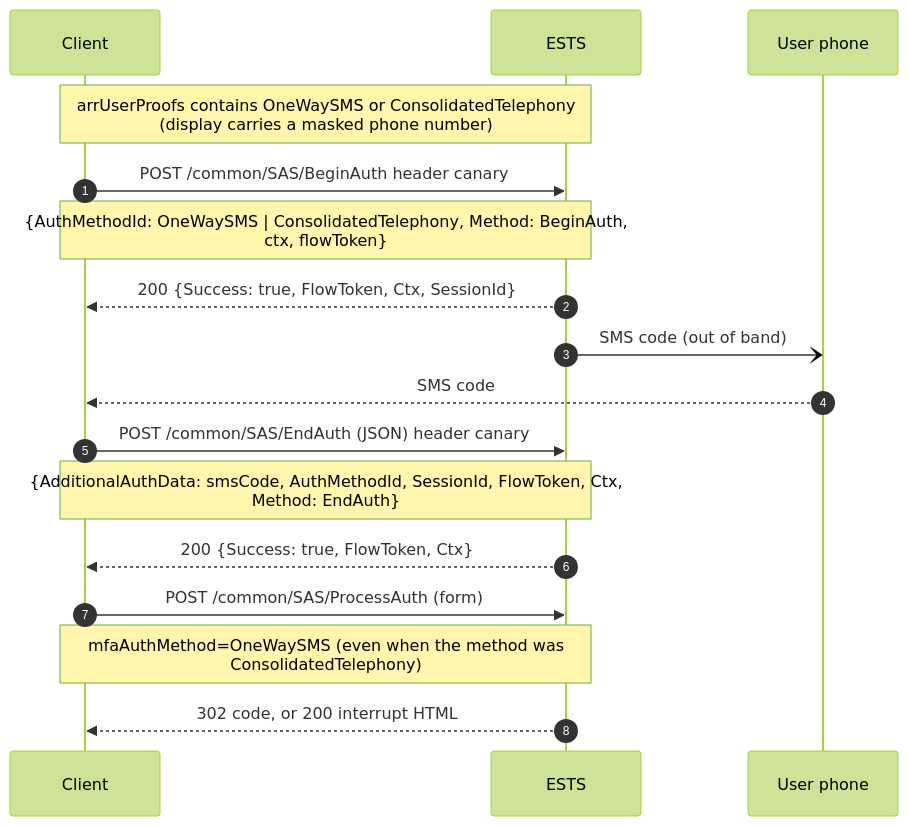
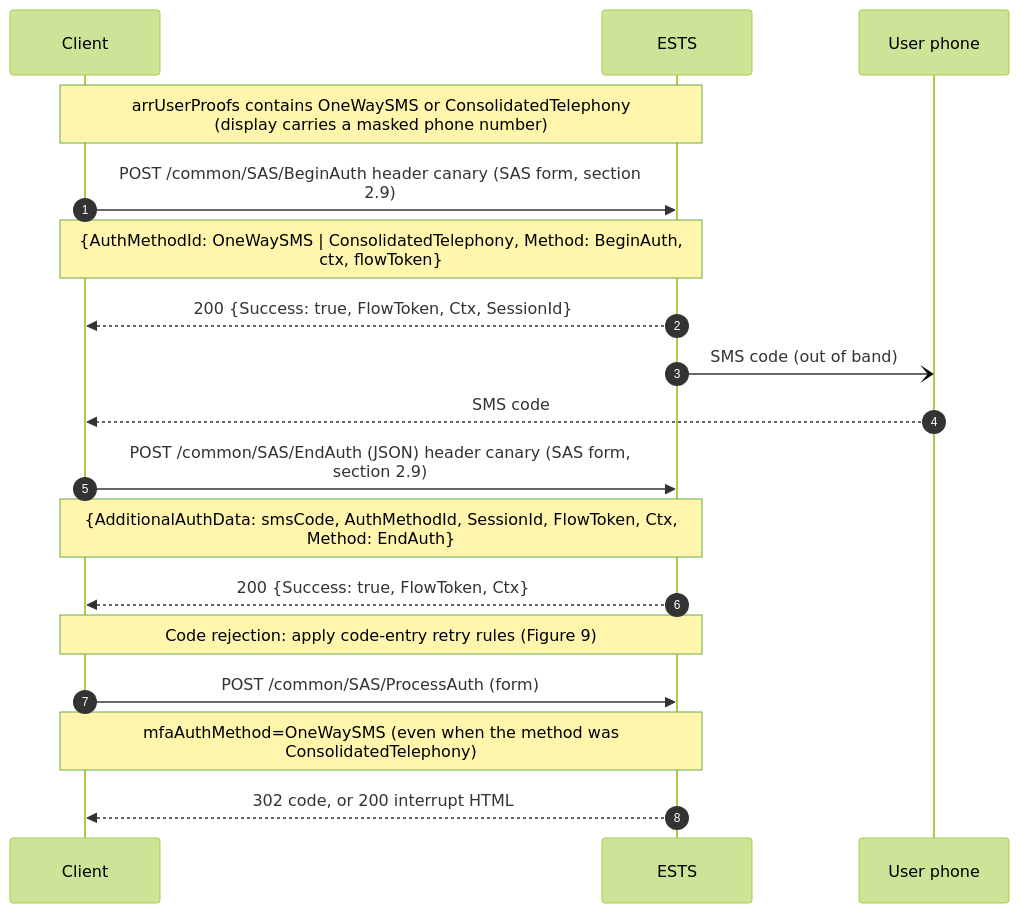
Before and after one commit to himmelblau-idm/ests_spec: the diagram in figures/src/fig-10-sas-sms.mmd, drawn with Mermaid (forest theme). The commit also changed 29 other files, not shown here.

```diff
--- a/figures/src/fig-10-sas-sms.mmd
+++ b/figures/src/fig-10-sas-sms.mmd
@@ -1,17 +1,18 @@
 sequenceDiagram
   autonumber
   participant C as Client
   participant E as ESTS
   participant U as User phone
   Note over C,E: arrUserProofs contains OneWaySMS or ConsolidatedTelephony<br/>(display carries a masked phone number)
-  C->>E: POST /common/SAS/BeginAuth  header canary
+  C->>E: POST /common/SAS/BeginAuth  header canary (SAS form, section<br/>2.9)
   Note over C,E: {AuthMethodId: OneWaySMS | ConsolidatedTelephony, Method: BeginAuth,<br/>ctx, flowToken}
   E-->>C: 200 {Success: true, FlowToken, Ctx, SessionId}
   E-)U: SMS code (out of band)
   U-->>C: SMS code
-  C->>E: POST /common/SAS/EndAuth (JSON)  header canary
+  C->>E: POST /common/SAS/EndAuth (JSON)  header canary (SAS form,<br/>section 2.9)
   Note over C,E: {AdditionalAuthData: smsCode, AuthMethodId, SessionId, FlowToken, Ctx,<br/>Method: EndAuth}
   E-->>C: 200 {Success: true, FlowToken, Ctx}
+  Note over C,E: Code rejection: apply code-entry retry rules (Figure 9)
   C->>E: POST /common/SAS/ProcessAuth (form)
   Note over C,E: mfaAuthMethod=OneWaySMS  (even when the method was<br/>ConsolidatedTelephony)
   E-->>C: 302 code, or 200 interrupt HTML
```
